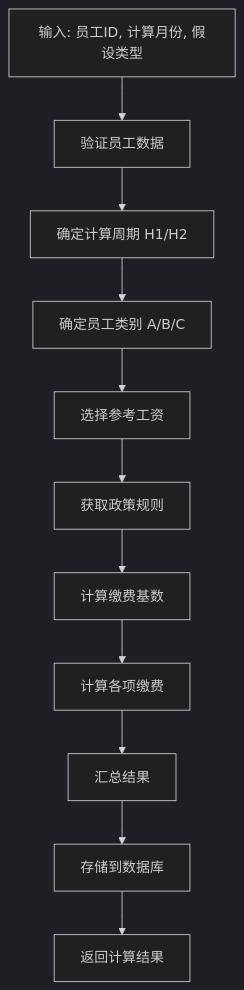
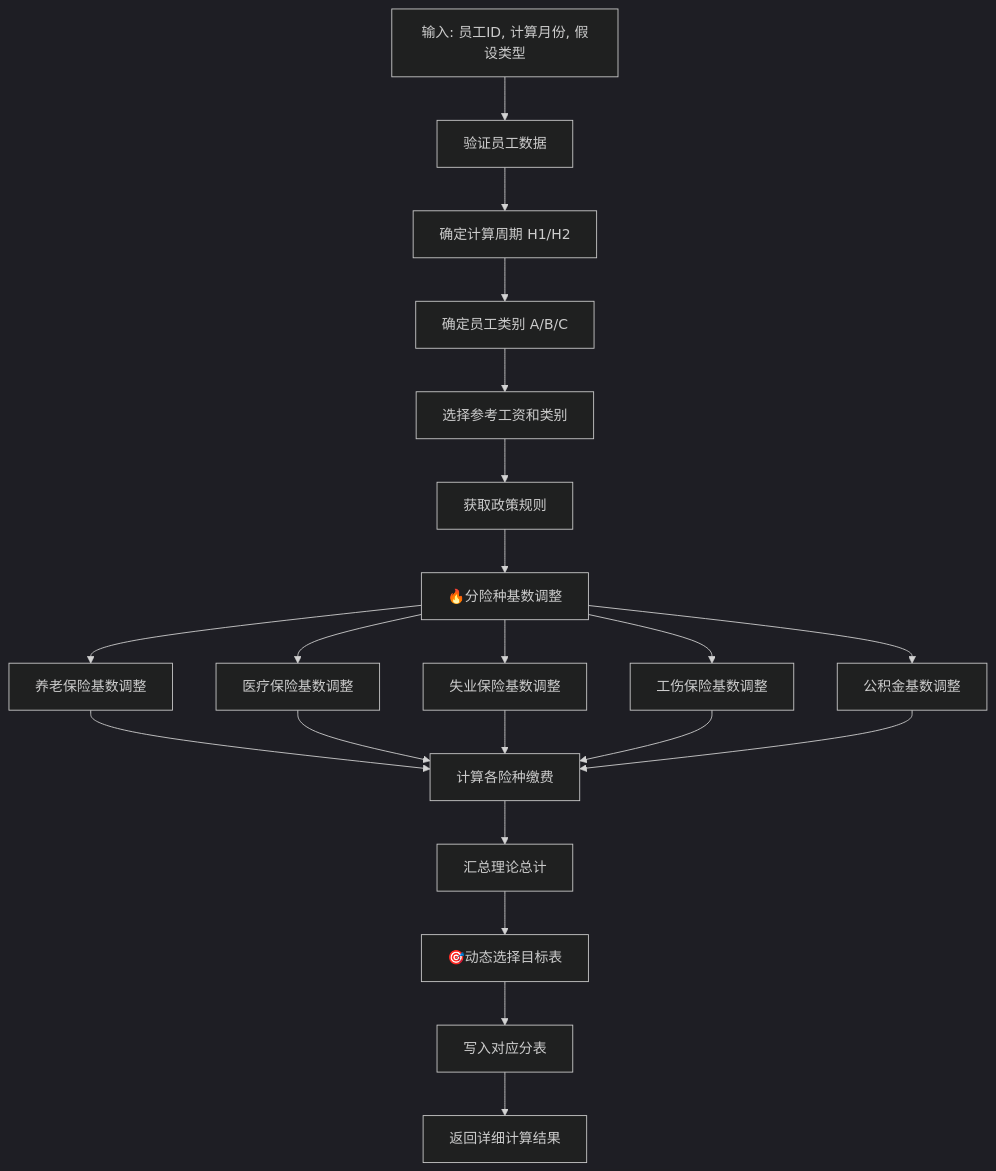
One commit to canopysgit/wuxianyijin changed the third of 3 diagrams in CLAUDE.md. Above: the diagram before and after it, drawn with Mermaid (dark theme). The commit also changed other lines of this file and 27 other files, not shown here.

````diff
--- a/CLAUDE.md
+++ b/CLAUDE.md
@@ -705,13 +984,23 @@
 ```mermaid
 graph TD
     A[输入: 员工ID, 计算月份, 假设类型] --> B[验证员工数据]
     B --> C[确定计算周期 H1/H2]
     C --> D[确定员工类别 A/B/C]
-    D --> E[选择参考工资]
+    D --> E[选择参考工资和类别]
     E --> F[获取政策规则]
-    F --> G[计算缴费基数]
-    G --> H[计算各项缴费]
-    H --> I[汇总结果]
-    I --> J[存储到数据库]
-    J --> K[返回计算结果]
+    F --> G[🔥分险种基数调整]
+    G --> G1[养老保险基数调整]
+    G --> G2[医疗保险基数调整] 
+    G --> G3[失业保险基数调整]
+    G --> G4[工伤保险基数调整]
+    G --> G5[公积金基数调整]
+    G1 --> H[计算各险种缴费]
+    G2 --> H
+    G3 --> H
+    G4 --> H
+    G5 --> H
+    H --> I[汇总理论总计]
+    I --> J[🎯动态选择目标表]
+    J --> K[写入对应分表]
+    K --> L[返回详细计算结果]
 ```
````
